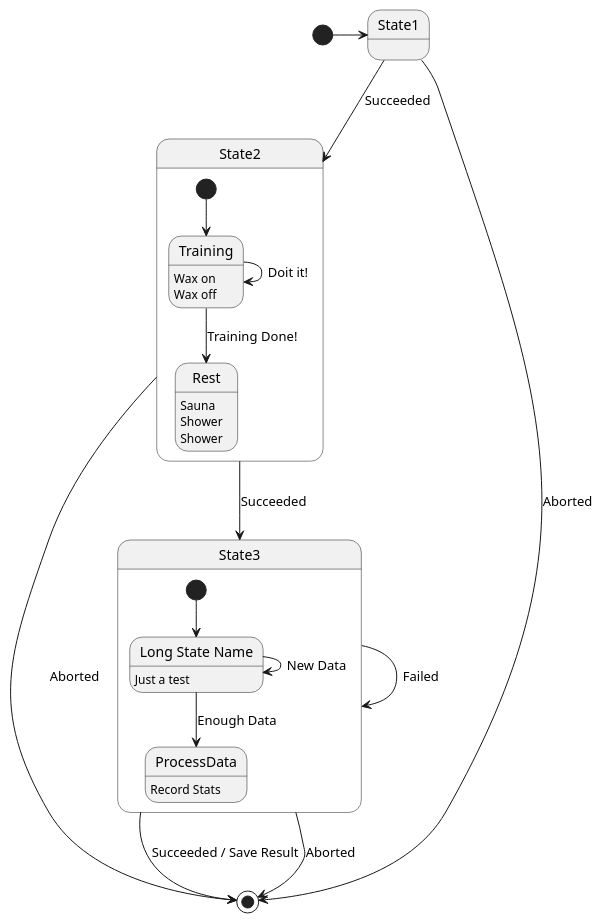
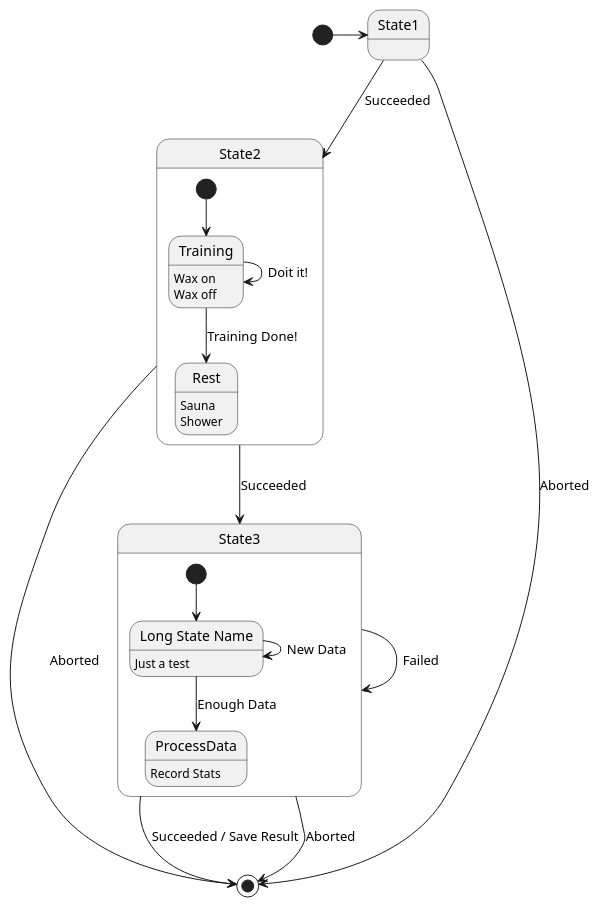
One commit to Traap/plantuml changed the diagram in StateMachine.puml. Above: the diagram before and after it, drawn with PlantUML. The commit also changed 6 other files, not shown here.

Commit message:
Plant UML system of system example.

```diff
--- a/StateMachine.puml
+++ b/StateMachine.puml
@@ -1,35 +1,34 @@
 @startuml
 
   [*] -> State1
 
   state State2 {
     state "Training" as long0
     long0 : Wax on
     long0 : Wax off
     [*] --> long0
     long0 --> long0 : Doit it!
     long0 --> Rest : Training Done!
     Rest : Sauna
-    Rest : Shower
     Rest : Shower
   }
 
   State1 --> State2 : Succeeded
 
   State1 --> [*] : Aborted
   State2 --> State3 : Succeeded
   State2 --> [*] : Aborted
   state State3 {
     state "Long State Name" as long1
     long1 : Just a test
     [*] --> long1
     long1 --> long1 : New Data
     long1 --> ProcessData : Enough Data
     ProcessData : Record Stats
   }
 
   State3 --> State3 : Failed
   State3 --> [*] : Succeeded / Save Result
   State3 --> [*] : Aborted
 
 @enduml
```
